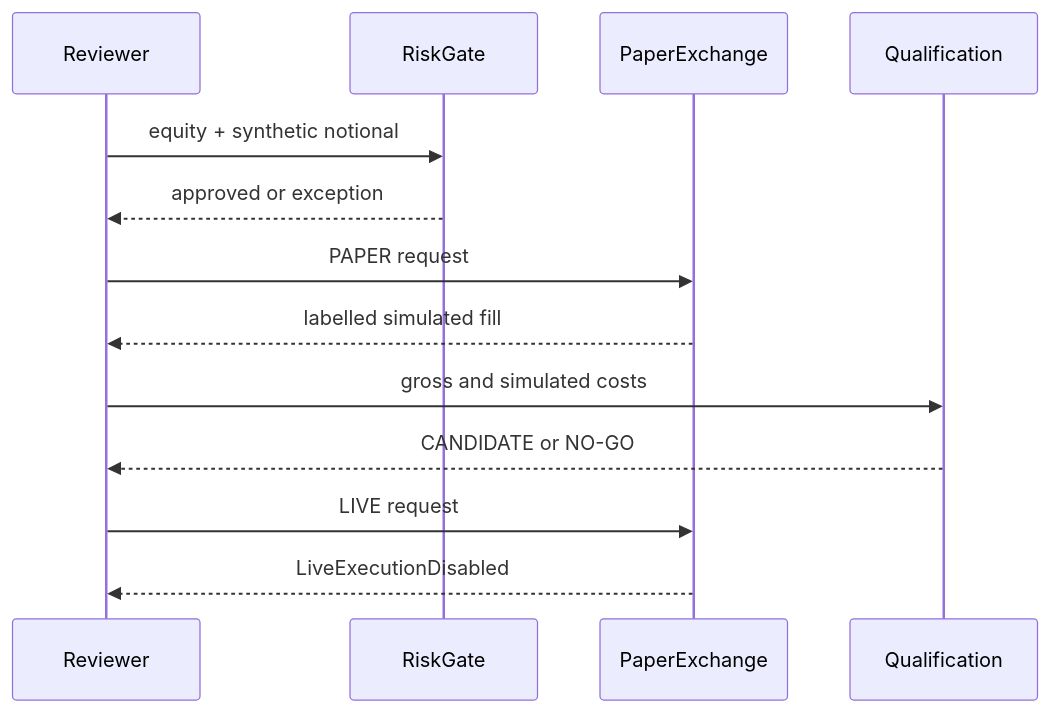
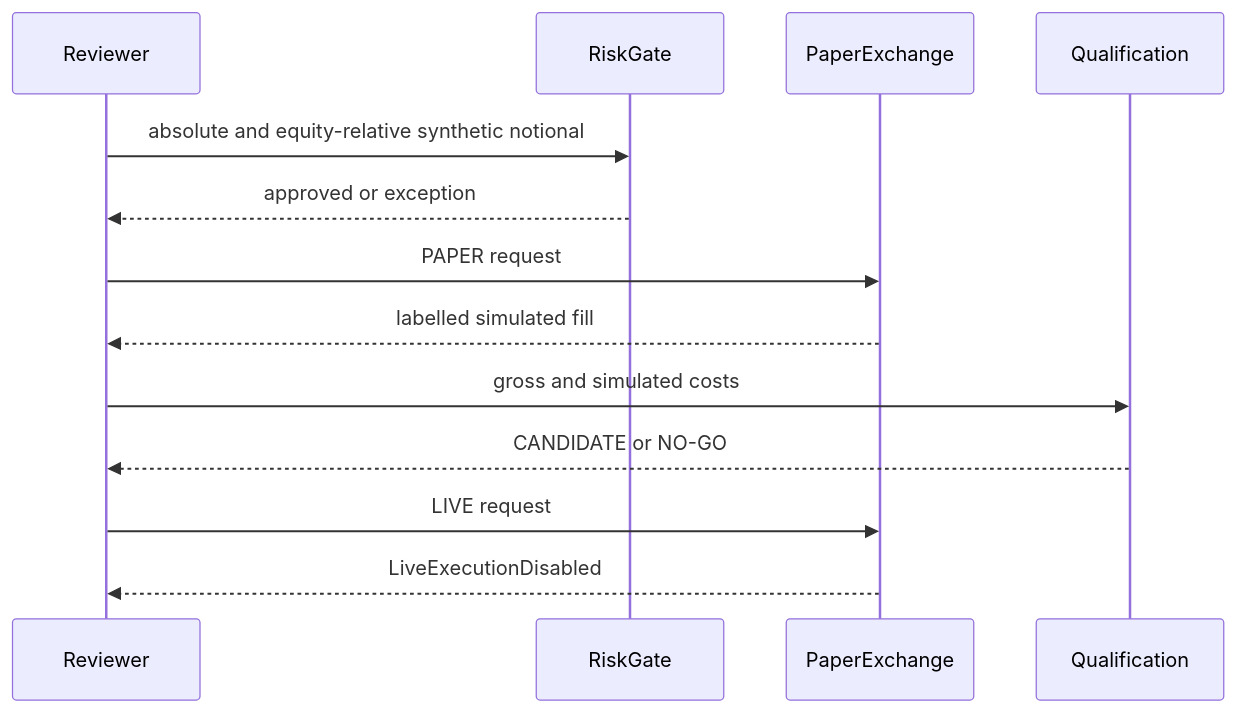
The diagram in projects/mytradingbot/docs/ARCHITECTURE.md (LuxuriantTech/software-engineering-portfolio), drawn with Mermaid before and after one commit. The commit also changed 56 other files, not shown here.

```diff
--- a/projects/mytradingbot/docs/ARCHITECTURE.md
+++ b/projects/mytradingbot/docs/ARCHITECTURE.md
@@ -9,15 +9,15 @@
 ~~~mermaid
 sequenceDiagram
     participant Reviewer
     participant RiskGate
     participant PaperExchange
     participant Qualification
-    Reviewer->>RiskGate: equity + synthetic notional
+    Reviewer->>RiskGate: absolute and equity-relative synthetic notional
     RiskGate-->>Reviewer: approved or exception
     Reviewer->>PaperExchange: PAPER request
     PaperExchange-->>Reviewer: labelled simulated fill
     Reviewer->>Qualification: gross and simulated costs
     Qualification-->>Reviewer: CANDIDATE or NO-GO
     Reviewer->>PaperExchange: LIVE request
     PaperExchange-->>Reviewer: LiveExecutionDisabled
 ~~~
```
